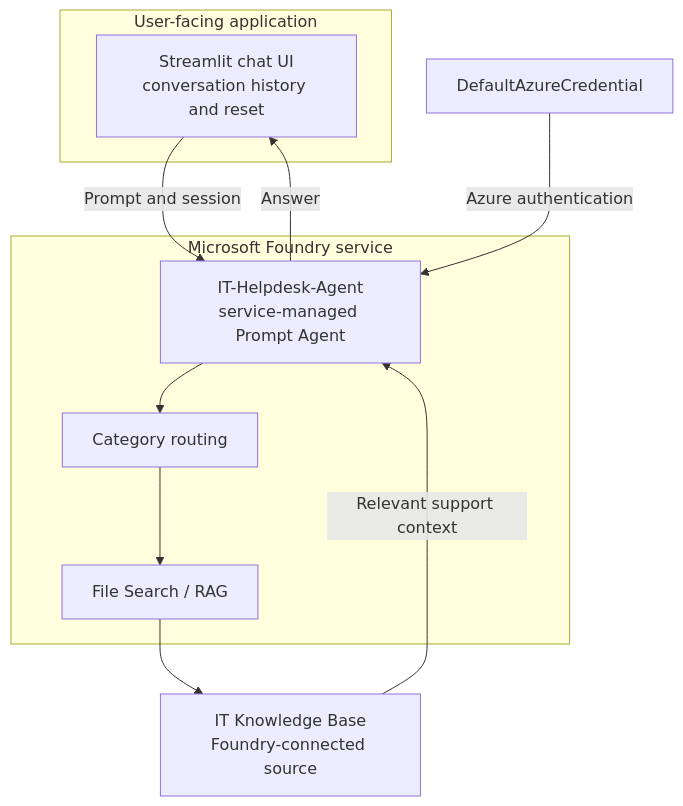
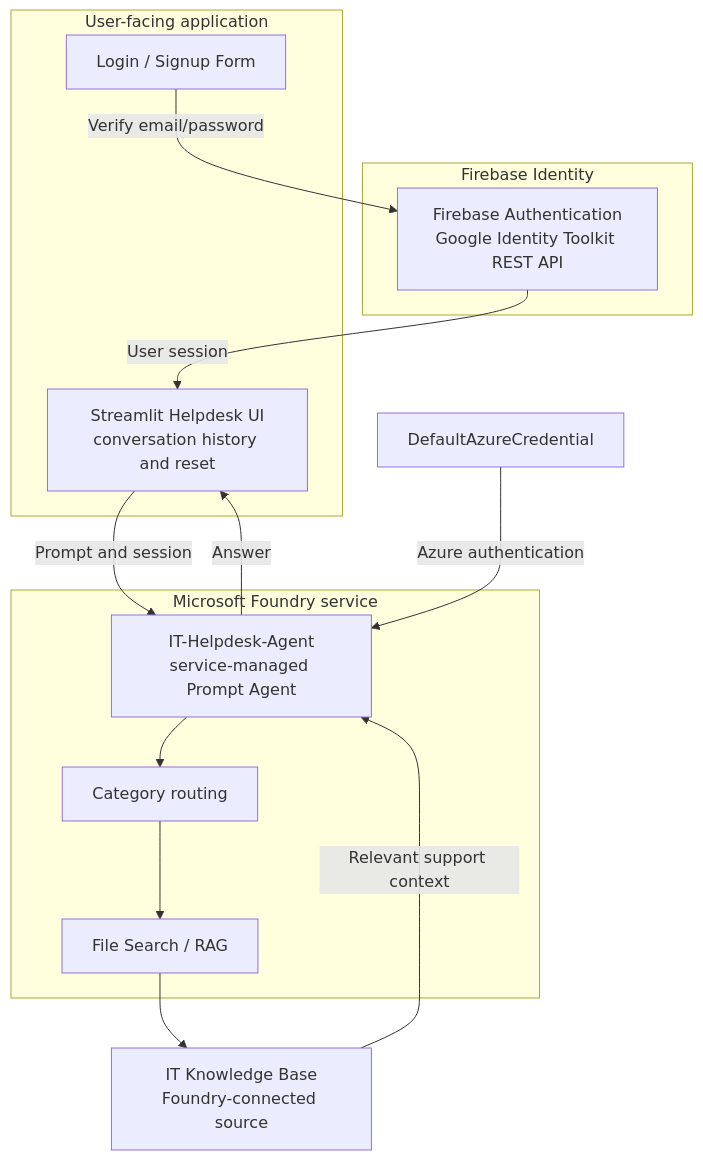
Before and after one commit to NSharp-mahajan/IT-help-desk-agent-: the second of 2 diagrams in README.md, drawn with Mermaid. The commit also changed other lines of this file and 9 other files, not shown here.

Commit message:
feat: implement Firebase Authentication and User Profile Dashboard with Firestore data isolation

````diff
--- a/README.md
+++ b/README.md
@@ -30,21 +34,28 @@
 ```mermaid
 flowchart TB
+    subgraph Auth[Firebase Identity]
+        FBA[Firebase Authentication\nGoogle Identity Toolkit REST API]
+    end
+
     subgraph Client[User-facing application]
-        ST[Streamlit chat UI\nconversation history and reset]
+        LOGIN_UI[Login / Signup Form]
+        ST[Streamlit Helpdesk UI\nconversation history and reset]
     end
 
     subgraph Foundry[Microsoft Foundry service]
         AG[IT-Helpdesk-Agent\nservice-managed Prompt Agent]
         CAT[Category routing]
         FS[File Search / RAG]
     end
 
     KB[IT Knowledge Base\nFoundry-connected source]
-    AUTH[DefaultAzureCredential]
+    AZ_AUTH[DefaultAzureCredential]
 
+    LOGIN_UI -->|Verify email/password| FBA
+    FBA -->|User session| ST
     ST -->|Prompt and session| AG
-    AUTH -->|Azure authentication| AG
+    AZ_AUTH -->|Azure authentication| AG
     AG --> CAT --> FS --> KB
     KB -->|Relevant support context| AG
     AG -->|Answer| ST
 ```
````
